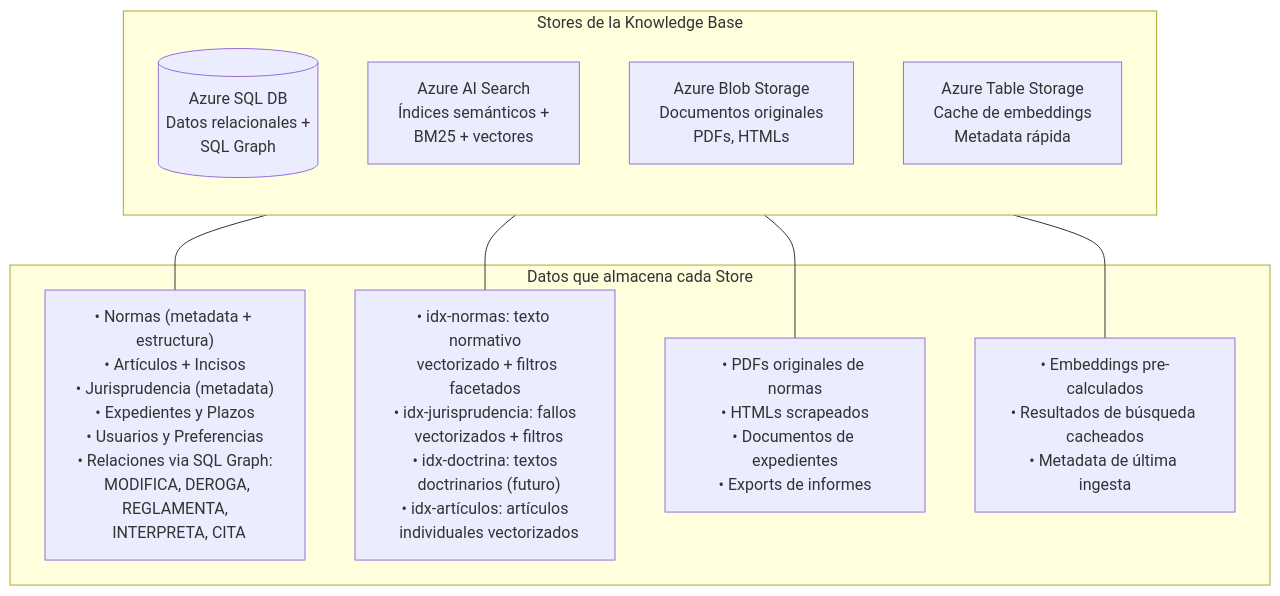
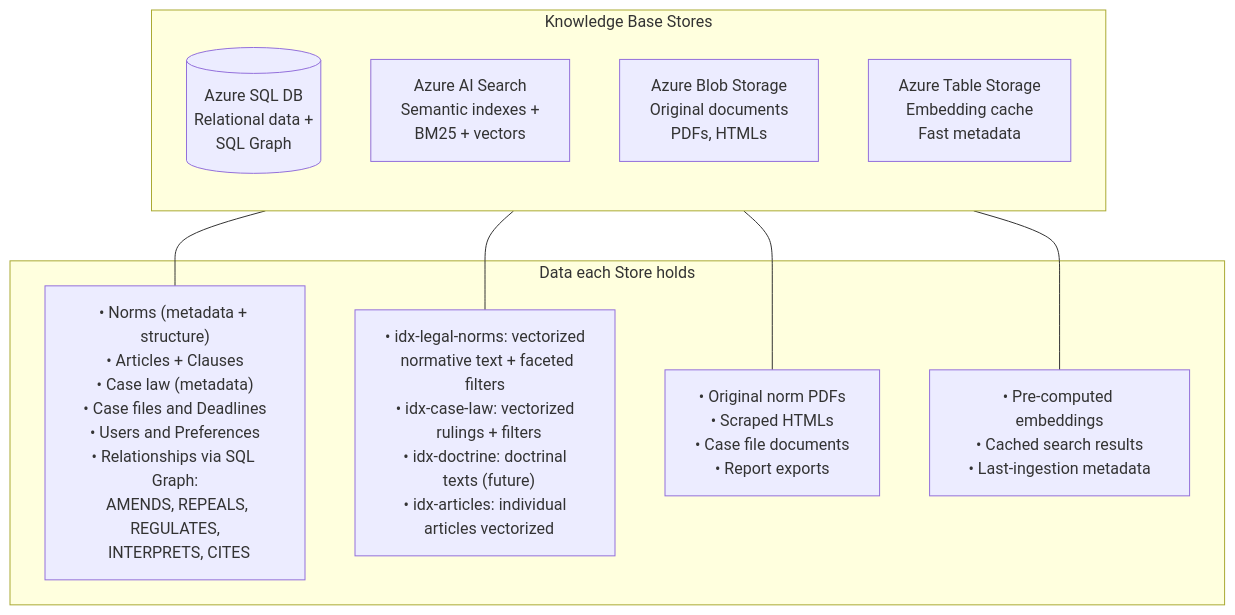
The fourth of 13 diagrams in docs/roadmap/F00 - Development Environment and Structure/F00 - W01 - Comprehensive Documentation.md (pablonux/legal-ai-ar), drawn with Mermaid before and after one commit. The commit also changed other lines of this file and 8 other files, not shown here.

````diff
--- a/docs/roadmap/F00 - Development Environment and Structure/F00 - W01 - Comprehensive Documentation.md
+++ b/docs/roadmap/F00 - Development Environment and Structure/F00 - W01 - Comprehensive Documentation.md
@@ -396,22 +398,22 @@
 ```mermaid
 graph TB
-    subgraph "Stores de la Knowledge Base"
+    subgraph "Knowledge Base Stores"
         direction TB
-        SQL[(Azure SQL DB<br/>Datos relacionales +<br/>SQL Graph)]
-        AIS[Azure AI Search<br/>Índices semánticos +<br/>BM25 + vectores]
-        BLOB[Azure Blob Storage<br/>Documentos originales<br/>PDFs, HTMLs]
-        CACHE[Azure Table Storage<br/>Cache de embeddings<br/>Metadata rápida]
+        SQL[(Azure SQL DB<br/>Relational data +<br/>SQL Graph)]
+        AIS[Azure AI Search<br/>Semantic indexes +<br/>BM25 + vectors]
+        BLOB[Azure Blob Storage<br/>Original documents<br/>PDFs, HTMLs]
+        CACHE[Azure Table Storage<br/>Embedding cache<br/>Fast metadata]
     end
 
-    subgraph "Datos que almacena cada Store"
-        SQL_D["• Normas (metadata + estructura)<br/>• Artículos + Incisos<br/>• Jurisprudencia (metadata)<br/>• Expedientes y Plazos<br/>• Usuarios y Preferencias<br/>• Relaciones via SQL Graph:<br/>  MODIFICA, DEROGA, REGLAMENTA,<br/>  INTERPRETA, CITA"]
-        AIS_D["• idx-normas: texto normativo<br/>  vectorizado + filtros facetados<br/>• idx-jurisprudencia: fallos<br/>  vectorizados + filtros<br/>• idx-doctrina: textos<br/>  doctrinarios (futuro)<br/>• idx-artículos: artículos<br/>  individuales vectorizados"]
-        BLOB_D["• PDFs originales de normas<br/>• HTMLs scrapeados<br/>• Documentos de expedientes<br/>• Exports de informes"]
-        CACHE_D["• Embeddings pre-calculados<br/>• Resultados de búsqueda cacheados<br/>• Metadata de última ingesta"]
+    subgraph "Data each Store holds"
+        SQL_D["• Norms (metadata + structure)<br/>• Articles + Clauses<br/>• Case law (metadata)<br/>• Case files and Deadlines<br/>• Users and Preferences<br/>• Relationships via SQL Graph:<br/>  AMENDS, REPEALS, REGULATES,<br/>  INTERPRETS, CITES"]
+        AIS_D["• idx-legal-norms: vectorized<br/>  normative text + faceted filters<br/>• idx-case-law: vectorized<br/>  rulings + filters<br/>• idx-doctrine: doctrinal<br/>  texts (future)<br/>• idx-articles: individual<br/>  articles vectorized"]
+        BLOB_D["• Original norm PDFs<br/>• Scraped HTMLs<br/>• Case file documents<br/>• Report exports"]
+        CACHE_D["• Pre-computed embeddings<br/>• Cached search results<br/>• Last-ingestion metadata"]
     end
 
     SQL --- SQL_D
     AIS --- AIS_D
     BLOB --- BLOB_D
     CACHE --- CACHE_D
 ```
````
